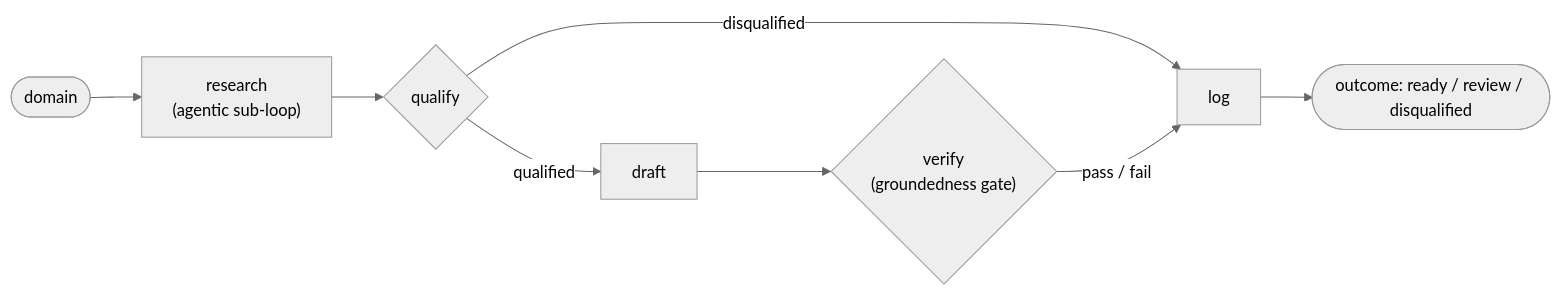
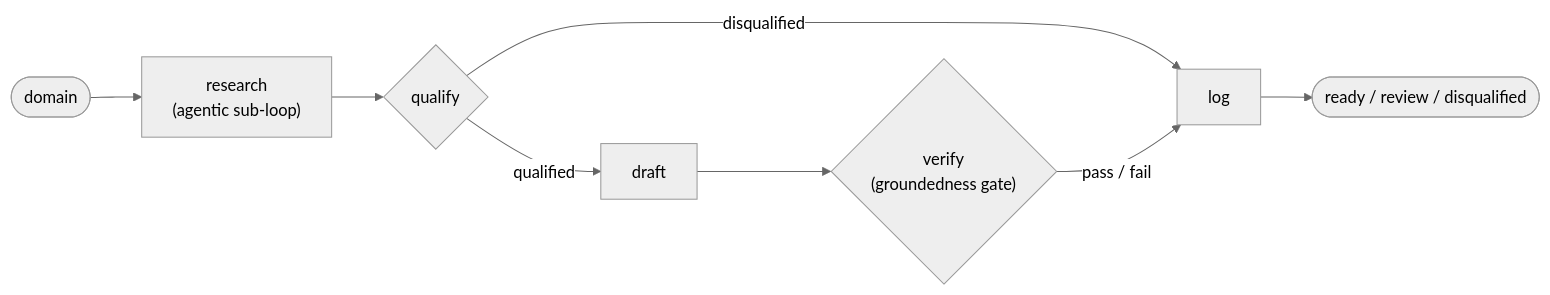
The diagram in README.md (MANVENDRA-github/pitch-pilot), drawn with Mermaid (neutral theme) before and after one commit. The commit also changed other lines of this file, not shown here.

Commit message:
docs: rewrite README with setup, architecture, and usage

````diff
--- a/README.md
+++ b/README.md
@@ -203,10 +54,10 @@
 ```mermaid
 flowchart LR
     domain(["domain"]) --> research["research<br/>(agentic sub-loop)"]
     research --> qualify{"qualify"}
     qualify -- "disqualified" --> log["log"]
     qualify -- "qualified" --> draft["draft"]
     draft --> verify{"verify<br/>(groundedness gate)"}
     verify -- "pass / fail" --> log
-    log --> out(["outcome: ready / review / disqualified"])
+    log --> out(["ready / review / disqualified"])
 ```
````
